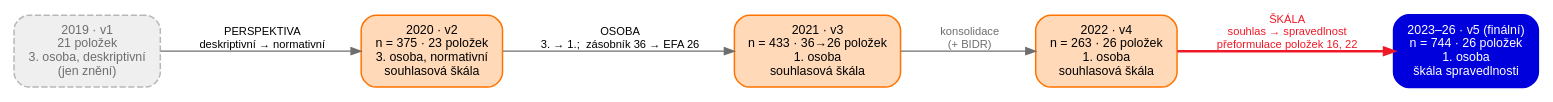
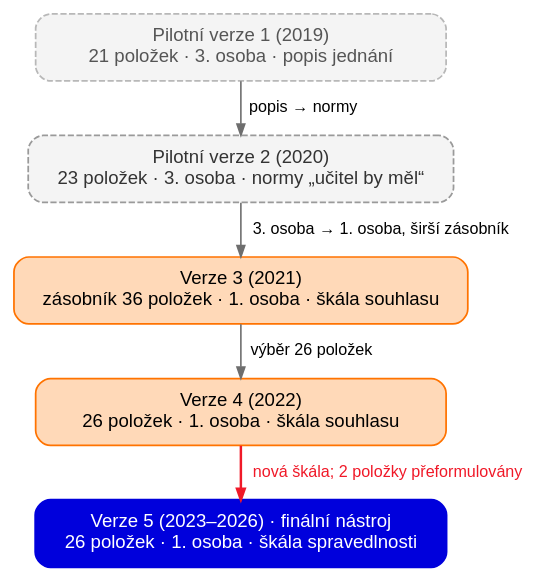
Before and after one commit to JanNehyba/perceived-justice-preservice-teachers: the diagram in analyzy/figures/06_evoluce_nastroje_cs.dot, drawn with Graphviz. The commit also changed 66 other files, not shown here.

```diff
--- a/analyzy/figures/06_evoluce_nastroje_cs.dot
+++ b/analyzy/figures/06_evoluce_nastroje_cs.dot
@@ -1,20 +1,22 @@
-// Figure 6.1 (CZ) — Evoluce sebehodnoticího nástroje (pět verzí), česká verze
-// 06_evoluce_nastroje.dot. Stejná struktura/barvy; přeloženy jen popisky.
+// Figure 6.1 (CZ) — vývoj sebehodnoticího nástroje (dvě pilotní verze a tři další verze).
+// Revize 8. 10. 2026 (B6-293 „nečitelný, moc informací v buňkách"; D3 pilotní verze 1–2):
+// svislé uspořádání, větší písmo, v rámečcích jen počet položek, osoba a škála.
+// Velikosti vzorků jsou v tab. 4.1 a v textu (manifesty), do obrázku se nepíšou.
 digraph evolution {
-  rankdir=LR;
+  rankdir=TB;
   bgcolor="white";
-  node [fontname="Arial", fontsize=10, shape=box, style="rounded,filled", penwidth=1.2, margin="0.16,0.10"];
-  edge [fontname="Arial", fontsize=9, color="#6E6E6E", fontcolor="#6E6E6E", arrowsize=0.8];
-  graph [ranksep=0.75, nodesep=0.3];
+  node [fontname="Arial", fontsize=15, shape=box, style="rounded,filled", penwidth=1.4, margin="0.30,0.14", width=4.6];
+  edge [fontname="Arial", fontsize=13, color="#6E6E6E", fontcolor="black", arrowsize=0.9, penwidth=1.3];
+  graph [ranksep=0.42, nodesep=0.3];
 
-  V2019 [label="2019 · v1\n21 položek\n3. osoba, deskriptivní\n(jen znění)", fillcolor="#EFEFEF", fontcolor="#6E6E6E", color="#B8B8B8", style="rounded,filled,dashed"];
-  V2020 [label="2020 · v2\nn = 375 · 23 položek\n3. osoba, normativní\nsouhlasová škála", fillcolor="#FFD9B8", color="#FF7300"];
-  V2021 [label="2021 · v3\nn = 433 · 36→26 položek\n1. osoba\nsouhlasová škála", fillcolor="#FFD9B8", color="#FF7300"];
-  V2022 [label="2022 · v4\nn = 263 · 26 položek\n1. osoba\nsouhlasová škála", fillcolor="#FFD9B8", color="#FF7300"];
-  V2023 [label="2023–26 · v5 (finální)\nn = 744 · 26 položek\n1. osoba\nškála spravedlnosti", fillcolor="#0000DC", fontcolor="white", color="#0000DC", penwidth=2];
+  V1 [label="Pilotní verze 1 (2019)\n21 položek · 3. osoba · popis jednání", fillcolor="#F4F4F4", fontcolor="#555555", color="#B8B8B8", style="rounded,filled,dashed"];
+  V2 [label="Pilotní verze 2 (2020)\n23 položek · 3. osoba · normy „učitel by měl“", fillcolor="#F4F4F4", fontcolor="#333333", color="#9A9A9A", style="rounded,filled,dashed"];
+  V3 [label="Verze 3 (2021)\nzásobník 36 položek · 1. osoba · škála souhlasu", fillcolor="#FFD9B8", color="#FF7300"];
+  V4 [label="Verze 4 (2022)\n26 položek · 1. osoba · škála souhlasu", fillcolor="#FFD9B8", color="#FF7300"];
+  V5 [label="Verze 5 (2023–2026) · finální nástroj\n26 položek · 1. osoba · škála spravedlnosti", fillcolor="#0000DC", fontcolor="white", color="#0000DC", penwidth=2.2];
 
-  V2019 -> V2020 [label="  PERSPEKTIVA\n  deskriptivní → normativní", fontcolor="black"];
-  V2020 -> V2021 [label="  OSOBA\n  3. → 1.;  zásobník 36 → EFA 26", fontcolor="black"];
-  V2021 -> V2022 [label="  konsolidace\n  (+ BIDR)"];
-  V2022 -> V2023 [label="  ŠKÁLA\n  souhlas → spravedlnost\n  přeformulace položek 16, 22", penwidth=2, color="#F01928", fontcolor="#F01928"];
+  V1 -> V2 [label="  popis → normy"];
+  V2 -> V3 [label="  3. osoba → 1. osoba, širší zásobník"];
+  V3 -> V4 [label="  výběr 26 položek"];
+  V4 -> V5 [label="  nová škála; 2 položky přeformulovány", color="#F01928", fontcolor="#F01928", penwidth=2];
 }
```
